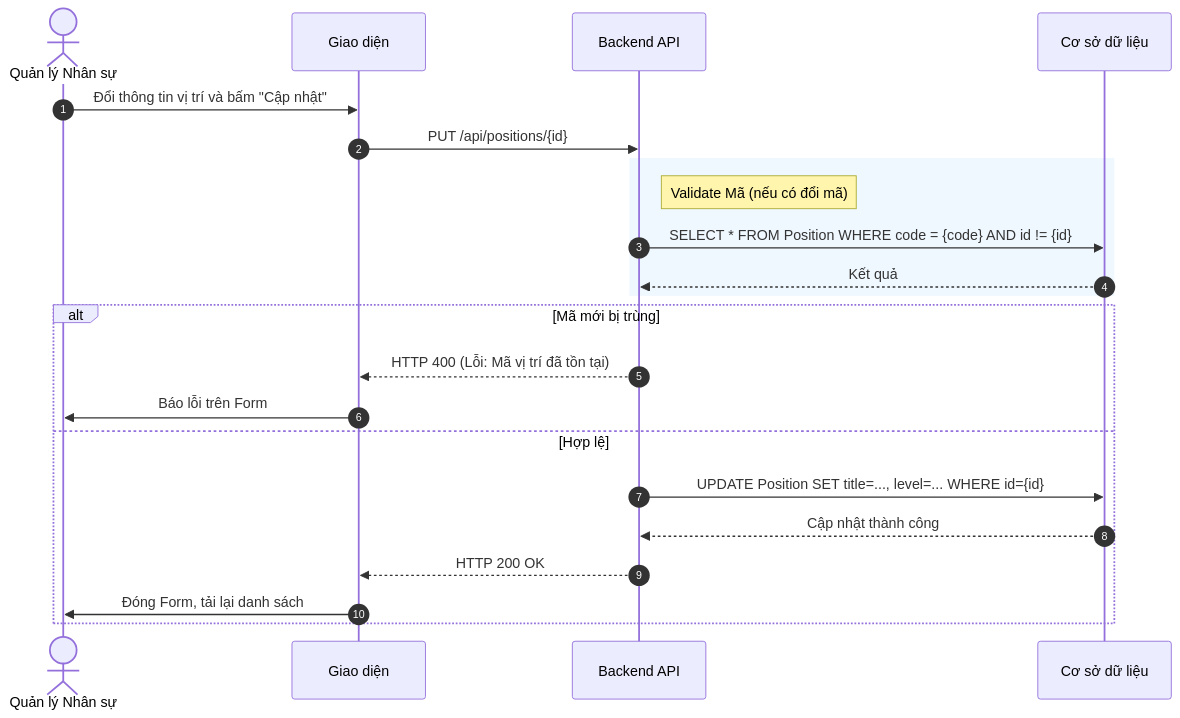
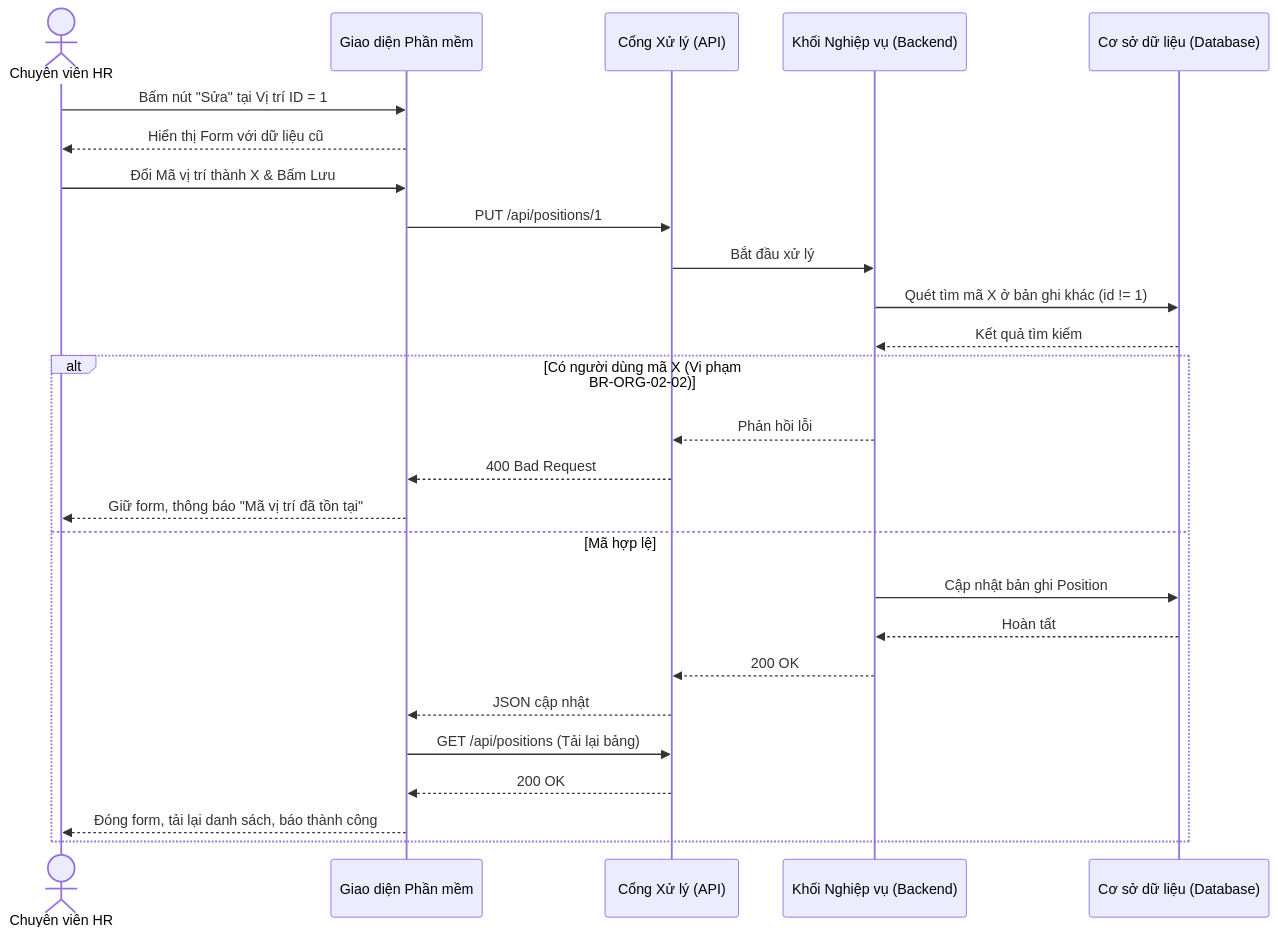
One commit to aye2710/HRM-DATN changed the second of 3 diagrams in docs/Tài liệu phân tích nghiệp vụ từng module/Module Tổ chức/Chuc-nang-Quan-ly-Vi-tri.md. Above: the diagram before and after it, drawn with Mermaid. The commit also changed other lines of this file and 32 other files, not shown here.

````diff
--- a/docs/Tài liệu phân tích nghiệp vụ từng module/Module Tổ chức/Chuc-nang-Quan-ly-Vi-tri.md
+++ b/docs/Tài liệu phân tích nghiệp vụ từng module/Module Tổ chức/Chuc-nang-Quan-ly-Vi-tri.md
@@ -73,27 +104,32 @@
 ```mermaid
 sequenceDiagram
-    autonumber
-    actor HR as Quản lý Nhân sự
-    participant FE as Giao diện
-    participant BE as Backend API
-    participant DB as Cơ sở dữ liệu
+    actor HR as Chuyên viên HR
+    participant FE as Giao diện Phần mềm
+    participant API as Cổng Xử lý (API)
+    participant BE as Khối Nghiệp vụ (Backend)
+    participant DB as Cơ sở dữ liệu (Database)
 
-    HR->>FE: Đổi thông tin vị trí và bấm "Cập nhật"
-    FE->>BE: PUT /api/positions/{id}
+    HR->>FE: Bấm nút "Sửa" tại Vị trí ID = 1
+    FE-->>HR: Hiển thị Form với dữ liệu cũ
     
-    rect rgb(240, 248, 255)
-        note right of BE: Validate Mã (nếu có đổi mã)
-        BE->>DB: SELECT * FROM Position WHERE code = {code} AND id != {id}
-        DB-->>BE: Kết quả
-    end
+    HR->>FE: Đổi Mã vị trí thành X & Bấm Lưu
+    FE->>API: PUT /api/positions/1
+    API->>BE: Bắt đầu xử lý
     
-    alt Mã mới bị trùng
-        BE-->>FE: HTTP 400 (Lỗi: Mã vị trí đã tồn tại)
-        FE->>HR: Báo lỗi trên Form
-    else Hợp lệ
-        BE->>DB: UPDATE Position SET title=..., level=... WHERE id={id}
-        DB-->>BE: Cập nhật thành công
-        BE-->>FE: HTTP 200 OK
-        FE->>HR: Đóng Form, tải lại danh sách
+    BE->>DB: Quét tìm mã X ở bản ghi khác (id != 1)
+    DB-->>BE: Kết quả tìm kiếm
+    
+    alt Có người dùng mã X (Vi phạm BR-ORG-02-02)
+        BE-->>API: Phản hồi lỗi
+        API-->>FE: 400 Bad Request
+        FE-->>HR: Giữ form, thông báo "Mã vị trí đã tồn tại"
+    else Mã hợp lệ
+        BE->>DB: Cập nhật bản ghi Position
+        DB-->>BE: Hoàn tất
+        BE-->>API: 200 OK
+        API-->>FE: JSON cập nhật
+        FE->>API: GET /api/positions (Tải lại bảng)
+        API-->>FE: 200 OK
+        FE-->>HR: Đóng form, tải lại danh sách, báo thành công
     end
 ```
````
